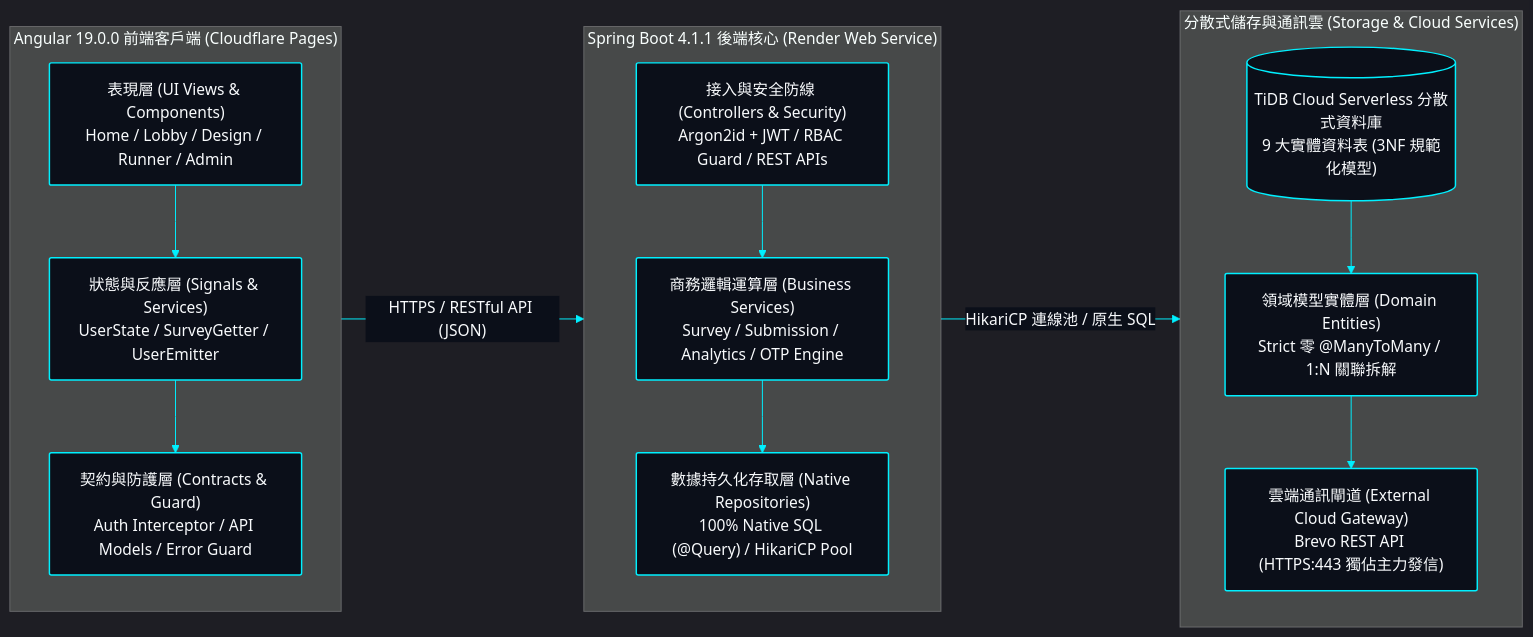
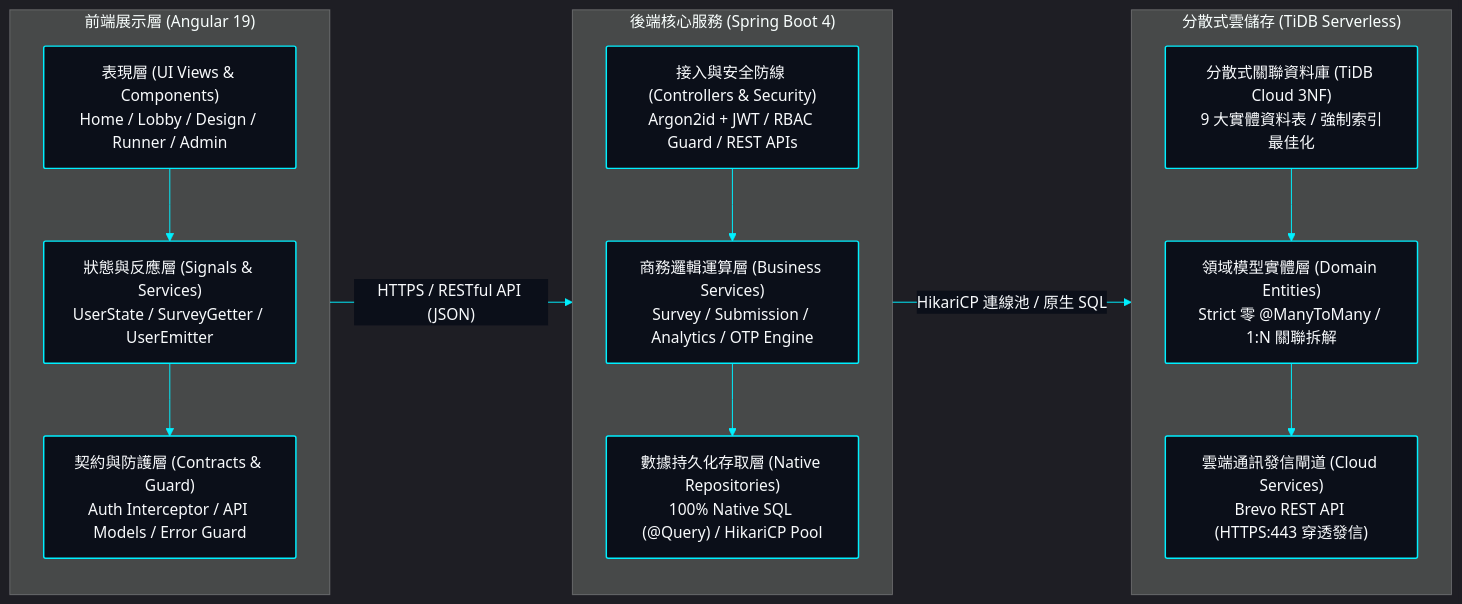
Before and after one commit to EricXJason/survey-flow: the diagram in docs/system-design/04-architecture.md, drawn with Mermaid. The commit also changed 2 other files, not shown here.

Commit message:
style(release): eliminate github mermaid subgraph right margin gap

````diff
--- a/docs/system-design/04-architecture.md
+++ b/docs/system-design/04-architecture.md
@@ -12,47 +12,47 @@
 ```mermaid
 %%{init: {
   'theme': 'dark',
   'themeVariables': {
     'darkMode': true,
     'background': '#030712',
     'primaryColor': '#0b0f19',
     'primaryTextColor': '#f8fafc',
     'primaryBorderColor': '#00f0ff',
     'lineColor': '#00f0ff',
     'textColor': '#f8fafc',
     'edgeLabelBackground': '#0b0f19',
     'tertiaryColor': '#0b0f19'
   },
   'themeCSS': '.edgeLabel, .edgeLabel rect, .edgeLabel span, .labelBkg { background: #0b0f19 !important; background-color: #0b0f19 !important; fill: #0b0f19 !important; border: 1px solid #1e293b !important; } .edgeLabel, .edgeLabel span { color: #38bdf8 !important; fill: #38bdf8 !important; font-weight: 600 !important; font-size: 11px !important; } .cluster rect { stroke: #00f0ff !important; stroke-width: 1.5px !important; stroke-dasharray: 4 2 !important; fill: #060a14 !important; rx: 4px !important; ry: 4px !important; } .cluster text, .cluster span.nodeLabel { fill: #00f0ff !important; color: #00f0ff !important; font-weight: 700 !important; font-size: 13px !important; } rect, .node rect, rect.actor { rx: 2px !important; ry: 2px !important; }',
   'flowchart': { 'curve': 'linear' }
 }}%%
 flowchart LR
     classDef hudCard fill:#0b0f19,stroke:#00f0ff,stroke-width:1.5px,color:#f8fafc,rx:2px,ry:2px;
 
-    subgraph FrontendApp ["Angular 19.0.0 前端客戶端 (Cloudflare Pages)"]
+    subgraph FrontendApp ["前端展示層 (Angular 19)"]
         direction TB
         UI_Components["表現層 (UI Views & Components)<br/>Home / Lobby / Design / Runner / Admin"]:::hudCard
         UI_Services["狀態與反應層 (Signals & Services)<br/>UserState / SurveyGetter / UserEmitter"]:::hudCard
         UI_Contracts["契約與防護層 (Contracts & Guard)<br/>Auth Interceptor / API Models / Error Guard"]:::hudCard
         UI_Components --> UI_Services --> UI_Contracts
     end
 
-    subgraph BackendApp ["Spring Boot 4.1.1 後端核心 (Render Web Service)"]
+    subgraph BackendApp ["後端核心服務 (Spring Boot 4)"]
         direction TB
         BE_Controllers["接入與安全防線 (Controllers & Security)<br/>Argon2id + JWT / RBAC Guard / REST APIs"]:::hudCard
         BE_Services["商務邏輯運算層 (Business Services)<br/>Survey / Submission / Analytics / OTP Engine"]:::hudCard
         BE_Repos["數據持久化存取層 (Native Repositories)<br/>100% Native SQL (@Query) / HikariCP Pool"]:::hudCard
         BE_Controllers --> BE_Services --> BE_Repos
     end
 
-    subgraph DatabaseLayer ["分散式儲存與通訊雲 (Storage & Cloud Services)"]
+    subgraph DatabaseLayer ["分散式雲儲存 (TiDB Serverless)"]
         direction TB
-        DB_Tables[("TiDB Cloud Serverless 分散式資料庫<br/>9 大實體資料表 (3NF 規範化模型)")]:::hudCard
+        DB_Tables["分散式關聯資料庫 (TiDB Cloud 3NF)<br/>9 大實體資料表 / 強制索引最佳化"]:::hudCard
         DB_Entities["領域模型實體層 (Domain Entities)<br/>Strict 零 @ManyToMany / 1:N 關聯拆解"]:::hudCard
-        DB_Gateway["雲端通訊閘道 (External Cloud Gateway)<br/>Brevo REST API (HTTPS:443 獨佔主力發信)"]:::hudCard
+        DB_Gateway["雲端通訊發信閘道 (Cloud Services)<br/>Brevo REST API (HTTPS:443 穿透發信)"]:::hudCard
         DB_Tables --> DB_Entities --> DB_Gateway
     end
 
     FrontendApp -->|"HTTPS / RESTful API (JSON)"| BackendApp
     BackendApp -->|"HikariCP 連線池 / 原生 SQL"| DatabaseLayer
 ```
````
